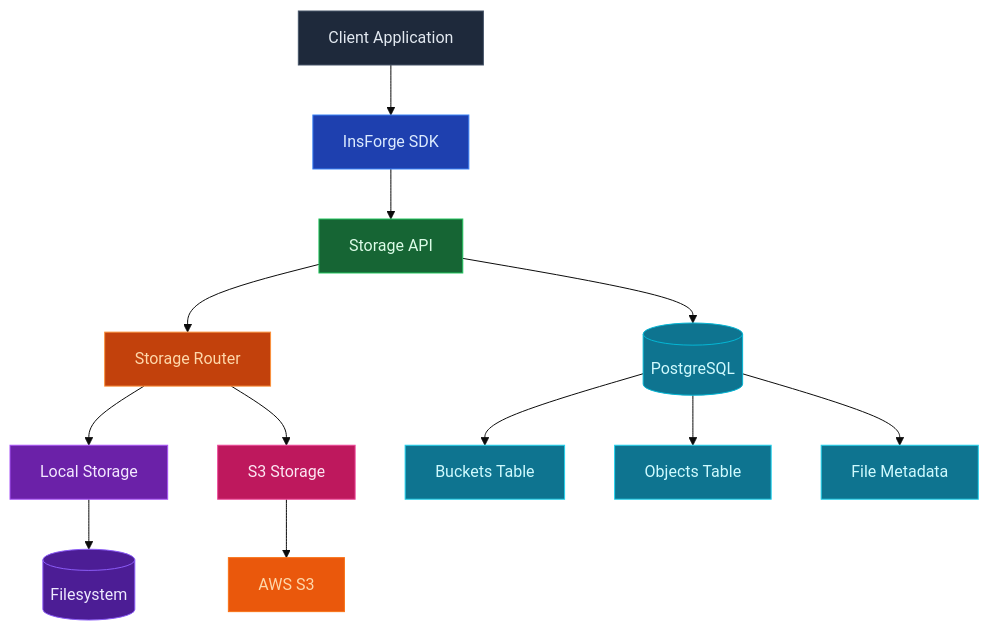
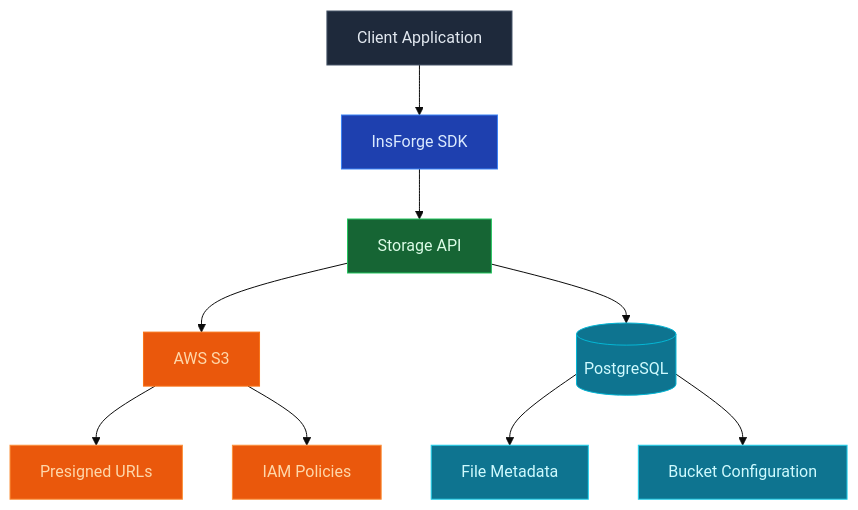
The first of 3 diagrams in core-concepts/storage/architecture.mdx (InsForge/insforge-docs), drawn with Mermaid (base theme) before and after one commit. The commit also changed other lines of this file and 6 other files, not shown here.

````diff
--- a/core-concepts/storage/architecture.mdx
+++ b/core-concepts/storage/architecture.mdx
@@ -12,30 +12,24 @@
 ```mermaid
 graph TB
     Client[Client Application] --> SDK[InsForge SDK]
     SDK --> StorageAPI[Storage API]
     
-    StorageAPI --> Router[Storage Router]
-    Router --> LocalBackend[Local Storage]
-    Router --> S3Backend[S3 Storage]
-    
-    LocalBackend --> FS[(Filesystem)]
-    S3Backend --> AWS[AWS S3]
+    StorageAPI --> S3[AWS S3]
     
     StorageAPI --> DB[(PostgreSQL)]
-    DB --> Buckets[Buckets Table]
-    DB --> Objects[Objects Table]
     DB --> Metadata[File Metadata]
+    DB --> Buckets[Bucket Configuration]
+    
+    S3 --> DirectUpload[Presigned URLs]
+    S3 --> SecureAccess[IAM Policies]
     
     style Client fill:#1e293b,stroke:#475569,color:#e2e8f0
     style SDK fill:#1e40af,stroke:#3b82f6,color:#dbeafe
     style StorageAPI fill:#166534,stroke:#22c55e,color:#dcfce7
-    style Router fill:#c2410c,stroke:#fb923c,color:#fed7aa
-    style LocalBackend fill:#6b21a8,stroke:#a855f7,color:#f3e8ff
-    style S3Backend fill:#be185d,stroke:#ec4899,color:#fce7f3
+    style S3 fill:#ea580c,stroke:#f97316,color:#fed7aa
     style DB fill:#0e7490,stroke:#06b6d4,color:#cffafe
-    style FS fill:#4c1d95,stroke:#8b5cf6,color:#ede9fe
-    style AWS fill:#ea580c,stroke:#f97316,color:#fed7aa
+    style Metadata fill:#0e7490,stroke:#22d3ee,color:#cffafe
     style Buckets fill:#0e7490,stroke:#22d3ee,color:#cffafe
-    style Objects fill:#0e7490,stroke:#22d3ee,color:#cffafe
-    style Metadata fill:#0e7490,stroke:#22d3ee,color:#cffafe
+    style DirectUpload fill:#ea580c,stroke:#fb923c,color:#fed7aa
+    style SecureAccess fill:#ea580c,stroke:#fb923c,color:#fed7aa
 ```
````
